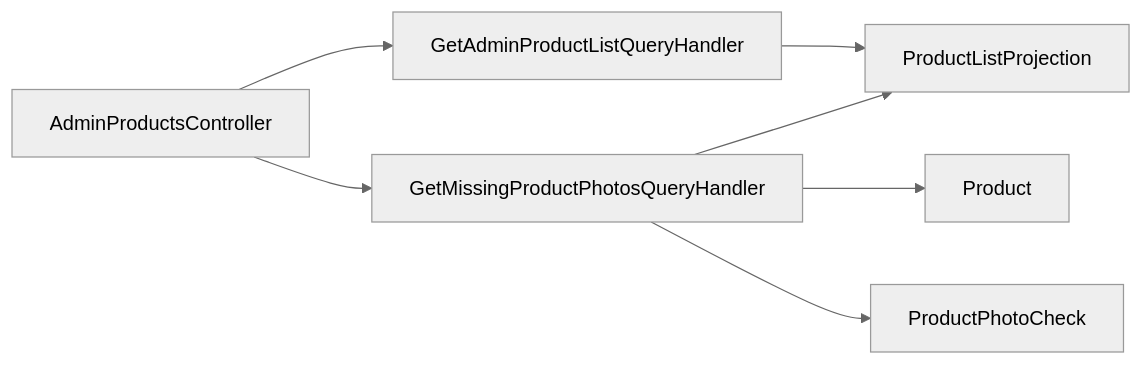
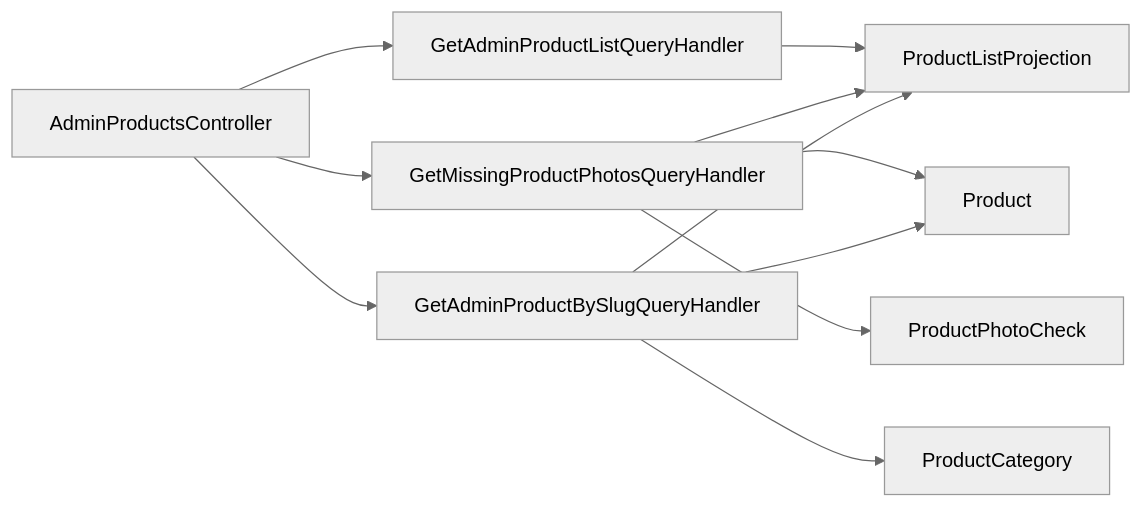
Before and after one commit to Weretik/KedrStore: the diagram in docs/sdd/features/catalog/admin-products.md, drawn with Mermaid (neutral theme). The commit also changed other lines of this file and 55 other files, not shown here.

````diff
--- a/docs/sdd/features/catalog/admin-products.md
+++ b/docs/sdd/features/catalog/admin-products.md
@@ -29,9 +30,13 @@
 ```mermaid
 flowchart LR
     A["AdminProductsController"] --> B["GetAdminProductListQueryHandler"]
     A --> C["GetMissingProductPhotosQueryHandler"]
+    A --> G["GetAdminProductBySlugQueryHandler"]
     B --> D["ProductListProjection"]
     C --> D
     C --> E["Product"]
     C --> F["ProductPhotoCheck"]
+    G --> D
+    G --> E
+    G --> H["ProductCategory"]
 ```
````
